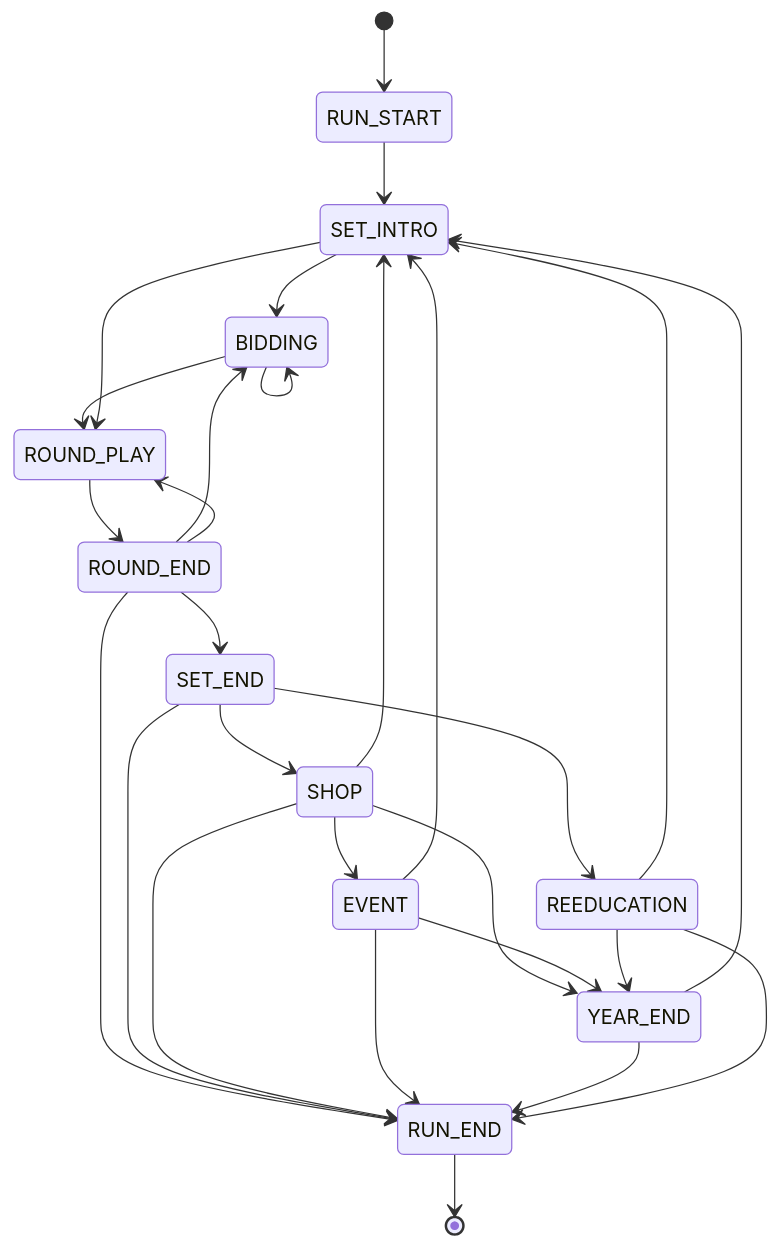
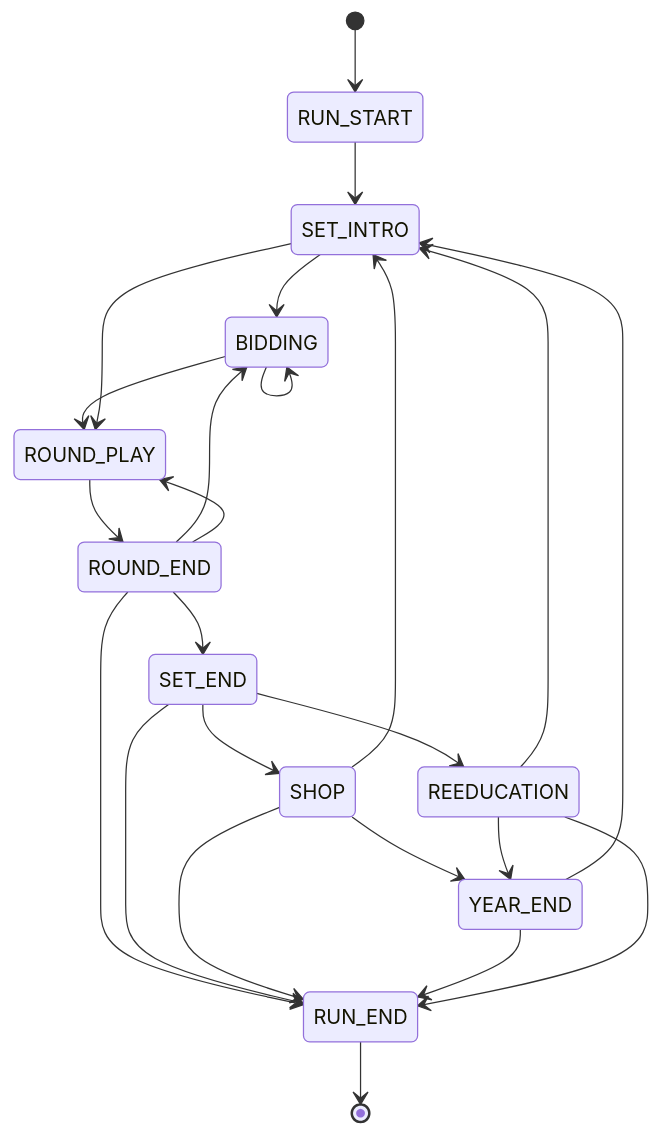
The diagram in docs/ARCHITECTURE.md (georgejieh/Commons), drawn with Mermaid before and after one commit. The commit also changed 16 other files, not shown here.

````diff
--- a/docs/ARCHITECTURE.md
+++ b/docs/ARCHITECTURE.md
@@ -132,30 +132,26 @@
 ```mermaid
 stateDiagram-v2
     [*] --> RUN_START
     RUN_START --> SET_INTRO
     SET_INTRO --> BIDDING
     BIDDING --> BIDDING
     BIDDING --> ROUND_PLAY
     ROUND_PLAY --> ROUND_END
     ROUND_END --> BIDDING
     ROUND_END --> ROUND_PLAY
     ROUND_END --> SET_END
     ROUND_END --> RUN_END
     SET_END --> SHOP
     SET_INTRO --> ROUND_PLAY
     SET_END --> REEDUCATION
     SET_END --> RUN_END
-    SHOP --> EVENT
     SHOP --> SET_INTRO
     SHOP --> YEAR_END
     SHOP --> RUN_END
-    EVENT --> SET_INTRO
-    EVENT --> YEAR_END
-    EVENT --> RUN_END
     YEAR_END --> SET_INTRO
     YEAR_END --> RUN_END
     REEDUCATION --> SET_INTRO
     REEDUCATION --> YEAR_END
     REEDUCATION --> RUN_END
     RUN_END --> [*]
 ```
````
